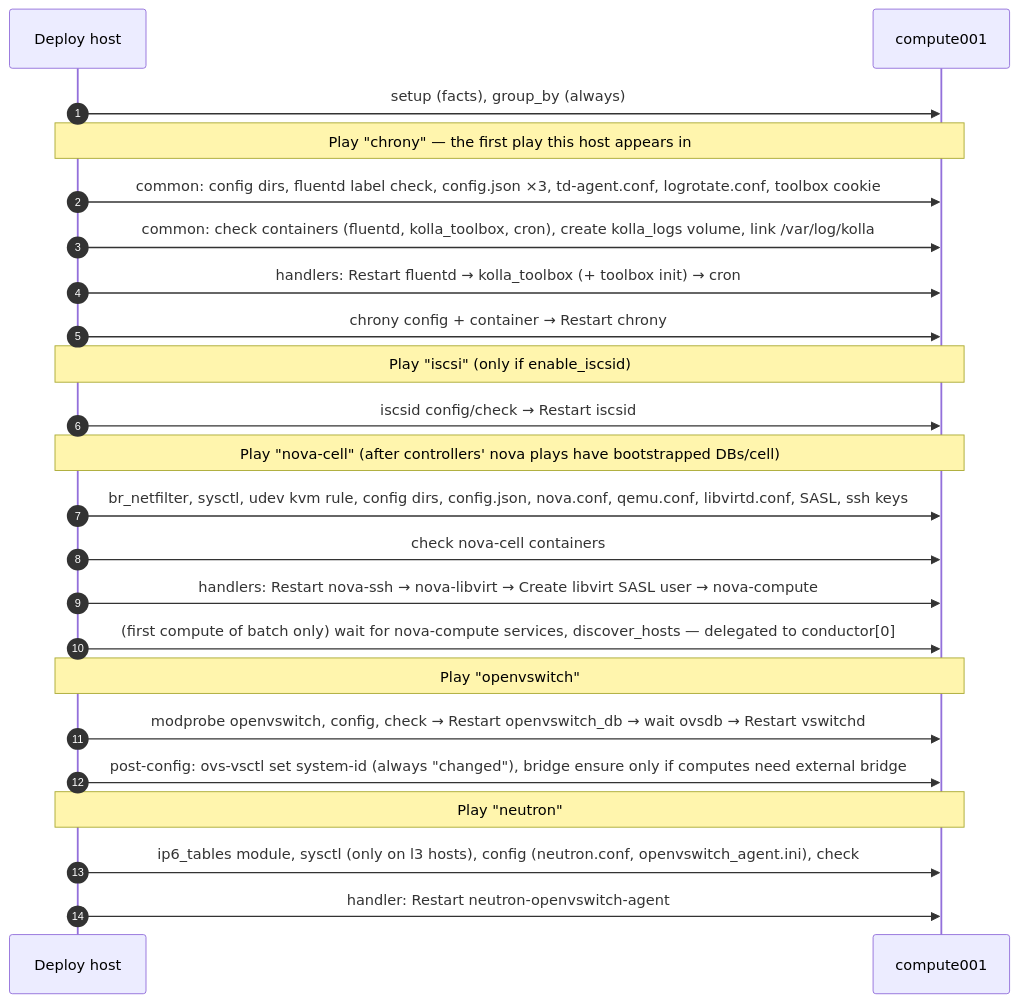
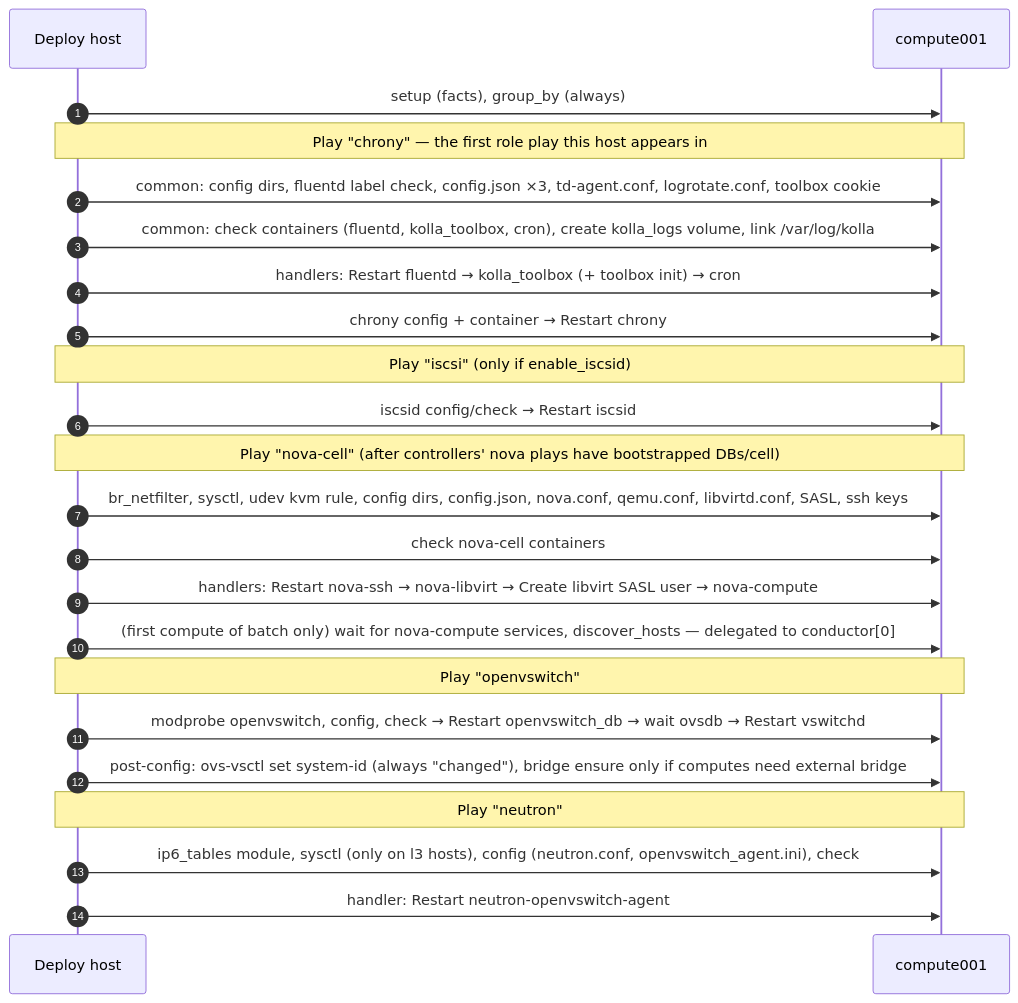
One commit to OzarLand/kolla-ansible-academy changed the fourth of 6 diagrams in docs/04-deployment-execution-flow.md. Above: the diagram before and after it, drawn with Mermaid. The commit also changed other lines of this file and 15 other files, not shown here.

````diff
--- a/docs/04-deployment-execution-flow.md
+++ b/docs/04-deployment-execution-flow.md
@@ -113,25 +115,25 @@
 ```mermaid
 sequenceDiagram
   autonumber
   participant D as Deploy host
   participant C as compute001
   D->>C: setup (facts), group_by (always)
-  Note over D,C: Play "chrony" — the first play this host appears in
+  Note over D,C: Play "chrony" — the first role play this host appears in
   D->>C: common: config dirs, fluentd label check, config.json ×3, td-agent.conf, logrotate.conf, toolbox cookie
   D->>C: common: check containers (fluentd, kolla_toolbox, cron), create kolla_logs volume, link /var/log/kolla
   D->>C: handlers: Restart fluentd → kolla_toolbox (+ toolbox init) → cron
   D->>C: chrony config + container → Restart chrony
   Note over D,C: Play "iscsi" (only if enable_iscsid)
   D->>C: iscsid config/check → Restart iscsid
   Note over D,C: Play "nova-cell" (after controllers' nova plays have bootstrapped DBs/cell)
   D->>C: br_netfilter, sysctl, udev kvm rule, config dirs, config.json, nova.conf, qemu.conf, libvirtd.conf, SASL, ssh keys
   D->>C: check nova-cell containers
   D->>C: handlers: Restart nova-ssh → nova-libvirt → Create libvirt SASL user → nova-compute
   D->>C: (first compute of batch only) wait for nova-compute services, discover_hosts — delegated to conductor[0]
   Note over D,C: Play "openvswitch"
   D->>C: modprobe openvswitch, config, check → Restart openvswitch_db → wait ovsdb → Restart vswitchd
   D->>C: post-config: ovs-vsctl set system-id (always "changed"), bridge ensure only if computes need external bridge
   Note over D,C: Play "neutron"
   D->>C: ip6_tables module, sysctl (only on l3 hosts), config (neutron.conf, openvswitch_agent.ini), check
   D->>C: handler: Restart neutron-openvswitch-agent
 ```
````
